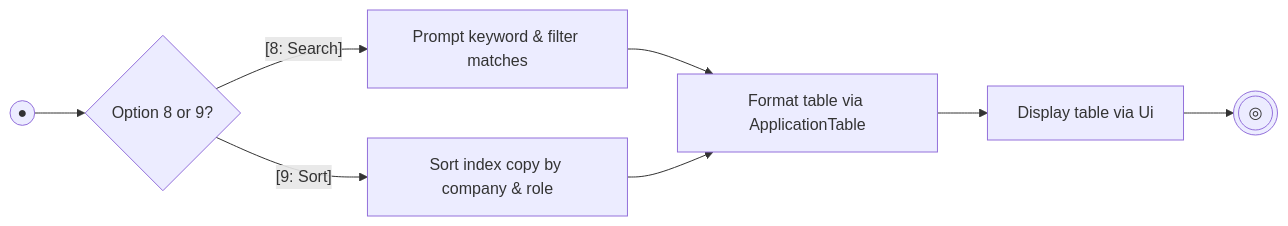
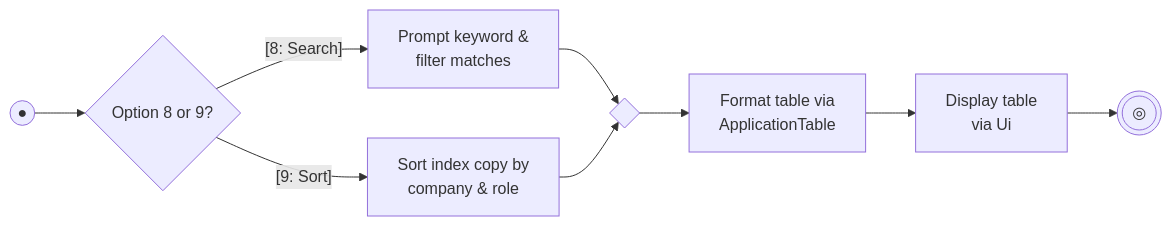
One commit to AY2627S1-CS2113-T10-2/tp changed diagram 15 of 22 in docs/DeveloperGuide.md. Above: the diagram before and after it, drawn with Mermaid. The commit also changed other lines of this file, not shown here.

First line of the commit message:
docs: standardize architecture diagram design and add manual testing output examples

````diff
--- a/docs/DeveloperGuide.md
+++ b/docs/DeveloperGuide.md
@@ -870,10 +864,11 @@
 ```mermaid
 flowchart LR
     Start((●)) --> Choice{"Option 8 or 9?"}
-    Choice -- "[8: Search]" --> Prompt[Prompt keyword & filter matches]
-    Choice -- "[9: Sort]" --> Sort[Sort index copy by company & role]
-    Prompt --> Table[Format table via ApplicationTable]
-    Sort --> Table
-    Table --> Display[Display table via Ui]
+    Choice -->|"[8: Search]"| Prompt["Prompt keyword &<br/>filter matches"]
+    Choice -->|"[9: Sort]"| Sort["Sort index copy by<br/>company & role"]
+    Prompt --> MergeTable{ }
+    Sort --> MergeTable
+    MergeTable --> Table["Format table via<br/>ApplicationTable"]
+    Table --> Display["Display table<br/>via Ui"]
     Display --> End(((◎)))
 ```
````
